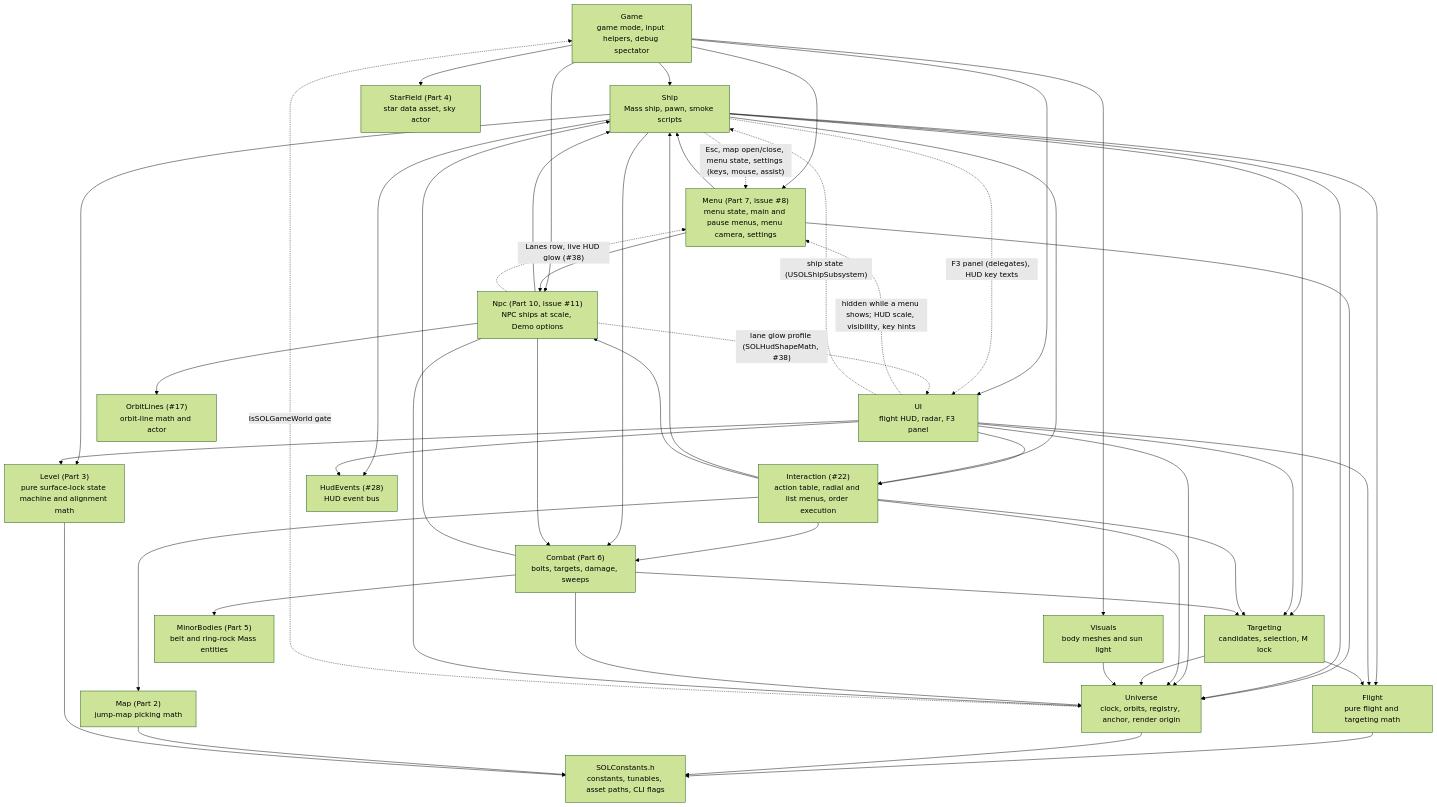
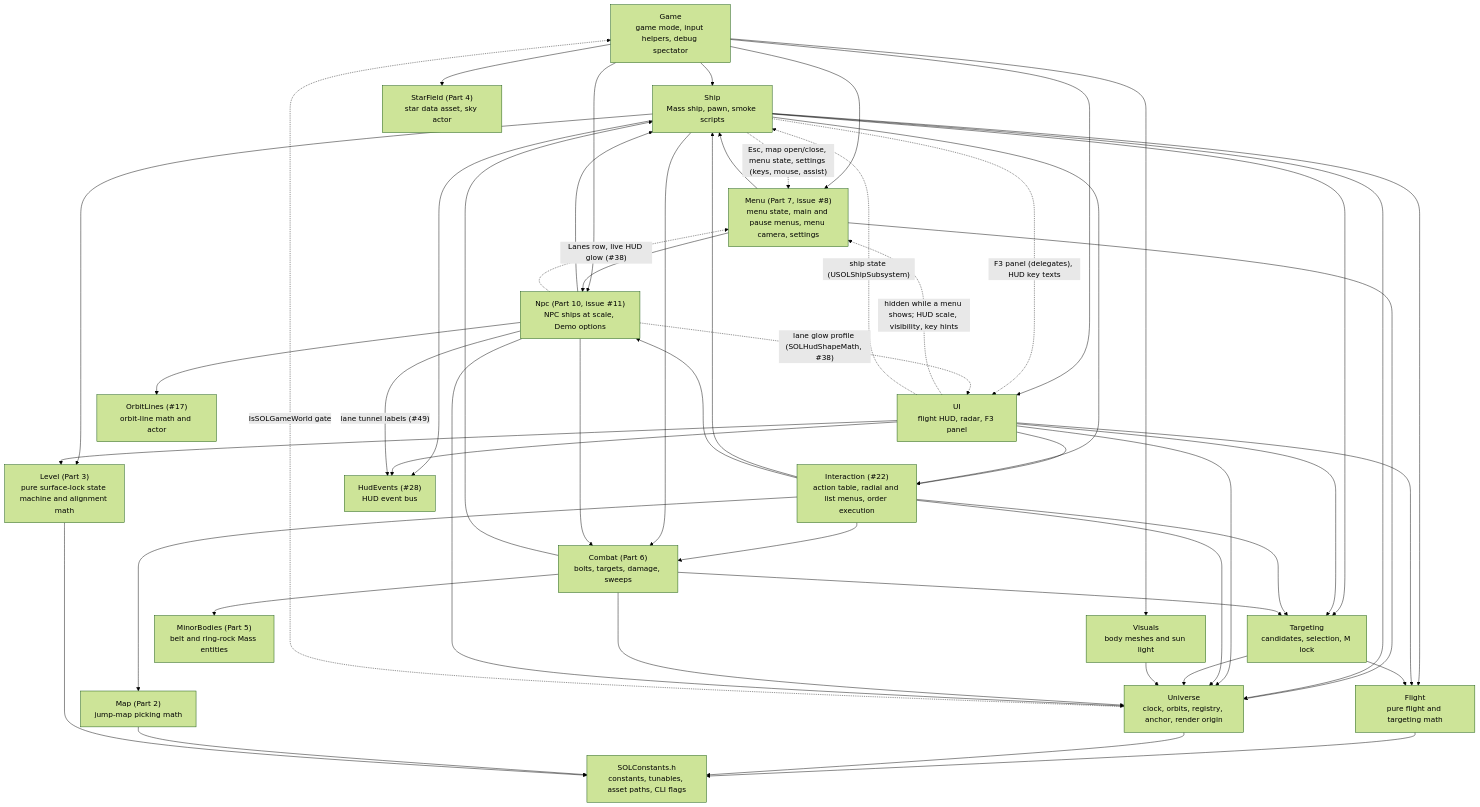
The first of 4 diagrams in Docs/ARCHITECTURE.md (DieSlower/SOLTest), drawn with Mermaid (forest theme) before and after one commit. The commit also changed other lines of this file and 50 other files, not shown here.

First line of the commit message:
Issue #49: Part 49b - tunnel renderer, wall labels and review fixes

````diff
--- a/Docs/ARCHITECTURE.md
+++ b/Docs/ARCHITECTURE.md
@@ -27,70 +27,71 @@
 ```mermaid
 flowchart TD
     Game["Game<br/>game mode, input helpers, debug spectator"]
     Menu["Menu (Part 7, issue #8)<br/>menu state, main and pause menus, menu camera, settings"]
     Ship["Ship<br/>Mass ship, pawn, smoke scripts"]
     UI["UI<br/>flight HUD, radar, F3 panel"]
     Targeting["Targeting<br/>candidates, selection, M lock"]
     Interaction["Interaction (#22)<br/>action table, radial and list menus, order execution"]
     Visuals["Visuals<br/>body meshes and sun light"]
     StarField["StarField (Part 4)<br/>star data asset, sky actor"]
     Map["Map (Part 2)<br/>jump-map picking math"]
     Combat["Combat (Part 6)<br/>bolts, targets, damage, sweeps"]
     MinorBodies["MinorBodies (Part 5)<br/>belt and ring-rock Mass entities"]
     Npc["Npc (Part 10, issue #11)<br/>NPC ships at scale, Demo options"]
     Level["Level (Part 3)<br/>pure surface-lock state machine and alignment math"]
     Flight["Flight<br/>pure flight and targeting math"]
     Universe["Universe<br/>clock, orbits, registry, anchor, render origin"]
     Const["SOLConstants.h<br/>constants, tunables, asset paths, CLI flags"]
 
     Game --> Ship
     Game --> Menu
     Menu --> Ship
     Menu --> Universe
     Ship -. "Esc, map open/close, menu state, settings (keys, mouse, assist)" .-> Menu
     UI -. "hidden while a menu shows; HUD scale, visibility, key hints" .-> Menu
     Game --> UI
     Game --> Visuals
     Game --> StarField
     Ship --> Targeting
     Ship --> Flight
     Ship --> Level
     UI --> Level
     Ship --> Universe
     Ship -. "F3 panel (delegates), HUD key texts" .-> UI
     UI -. "ship state (USOLShipSubsystem)" .-> Ship
     Ship --> HudEvents["HudEvents (#28)<br/>HUD event bus"]
     UI --> HudEvents
     UI --> Targeting
     UI --> Universe
     UI --> Flight
     UI --> Interaction
     Ship --> Interaction
     Interaction --> Targeting
     Interaction --> Ship
     Interaction --> Map
     Interaction --> Combat
     Interaction --> Npc
     Interaction --> Universe
     Targeting --> Flight
     Targeting --> Universe
     Visuals --> Universe
     Ship --> Combat
     Combat --> Ship
     Combat --> Targeting
     Combat --> MinorBodies
     Combat --> Universe
     Game --> Npc
     Menu --> Npc
     Npc --> Universe
     Npc --> Ship
     Npc --> Combat
+    Npc -- "lane tunnel labels (#49)" --> HudEvents
     Npc -. "lane glow profile (SOLHudShapeMath, #38)" .-> UI
     Npc -. "Lanes row, live HUD glow (#38)" .-> Menu
     Npc --> OrbitLines["OrbitLines (#17)<br/>orbit-line math and actor"]
     Universe -. "IsSOLGameWorld gate" .-> Game
     Flight --> Const
     Universe --> Const
     Map --> Const
     Level --> Const
 ```
````
